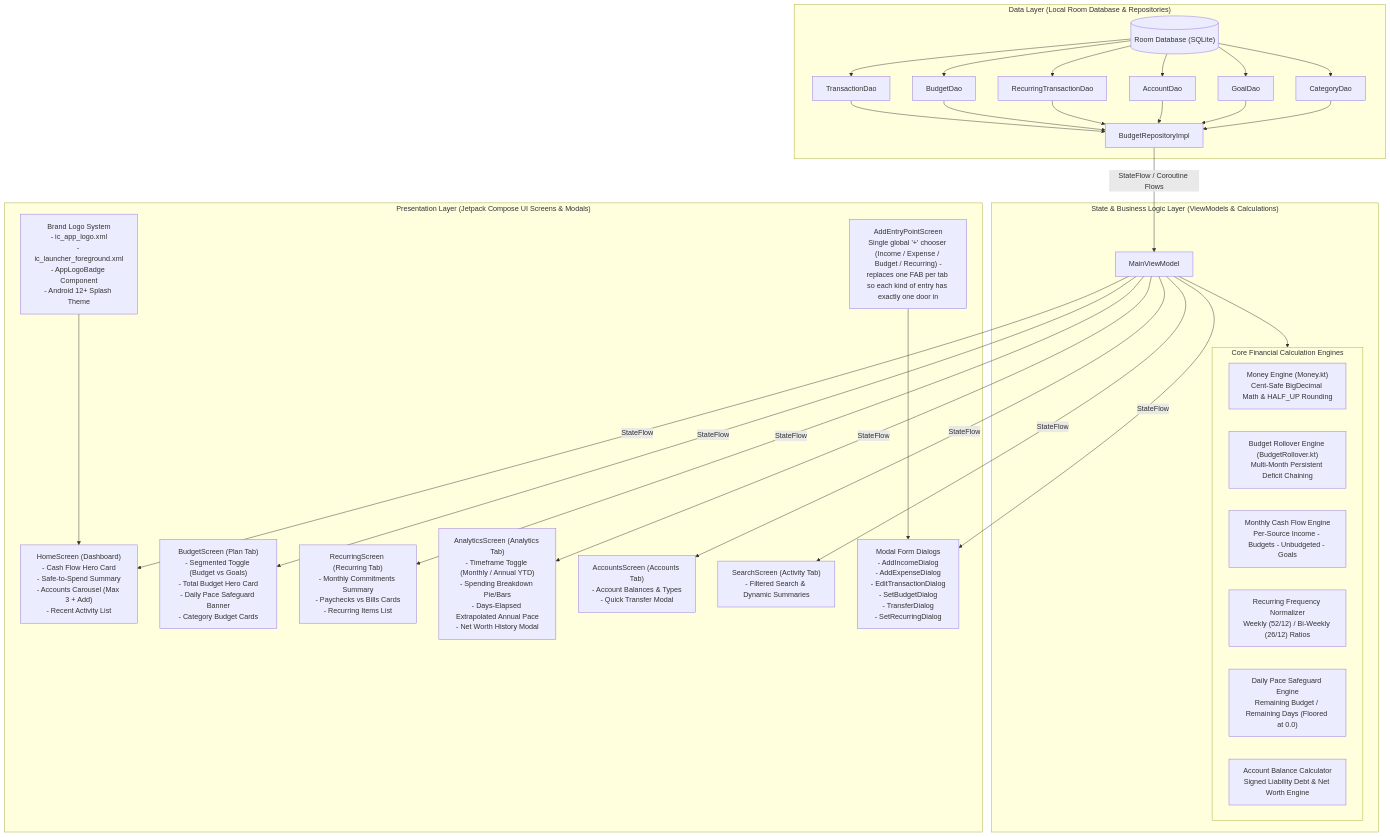
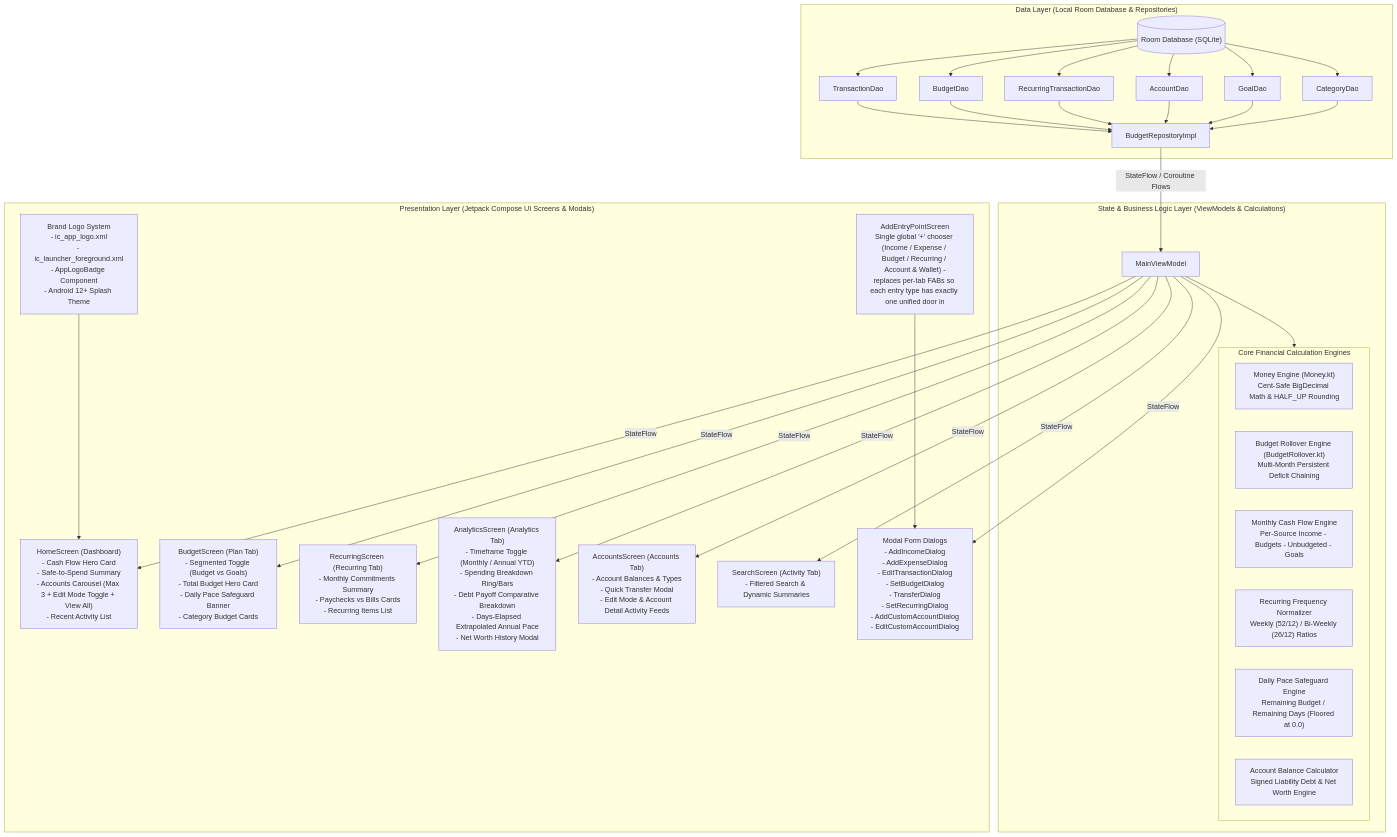
Before and after one commit to devcalapps-glitch/self-budget-app: the diagram in adr.md, drawn with Mermaid. The commit also changed other lines of this file and 58 other files, not shown here.

Commit message:
Fix new account creation in Confirm & Post modal and transfer dialogs

````diff
--- a/adr.md
+++ b/adr.md
@@ -13,68 +13,68 @@
 ```mermaid
 flowchart TD
     subgraph Data_Layer ["Data Layer (Local Room Database & Repositories)"]
         RoomDB[("Room Database (SQLite)")]
         DaoTx["TransactionDao"]
         DaoBudget["BudgetDao"]
         DaoRec["RecurringTransactionDao"]
         DaoAcc["AccountDao"]
         DaoGoal["GoalDao"]
         DaoCat["CategoryDao"]
         
         RoomDB --> DaoTx
         RoomDB --> DaoBudget
         RoomDB --> DaoRec
         RoomDB --> DaoAcc
         RoomDB --> DaoGoal
         RoomDB --> DaoCat
 
         Repo["BudgetRepositoryImpl"]
         DaoTx --> Repo
         DaoBudget --> Repo
         DaoRec --> Repo
         DaoAcc --> Repo
         DaoGoal --> Repo
         DaoCat --> Repo
     end
 
     subgraph State_Layer ["State & Business Logic Layer (ViewModels & Calculations)"]
         VM["MainViewModel"]
         Repo -->|StateFlow / Coroutine Flows| VM
 
         subgraph Calculation_Engines ["Core Financial Calculation Engines"]
             MoneyEngine["Money Engine (Money.kt)\nCent-Safe BigDecimal Math & HALF_UP Rounding"]
             RolloverEngine["Budget Rollover Engine (BudgetRollover.kt)\nMulti-Month Persistent Deficit Chaining"]
             CashFlowEngine["Monthly Cash Flow Engine\nPer-Source Income - Budgets - Unbudgeted - Goals"]
             RecurringEngine["Recurring Frequency Normalizer\nWeekly (52/12) / Bi-Weekly (26/12) Ratios"]
             PaceEngine["Daily Pace Safeguard Engine\nRemaining Budget / Remaining Days (Floored at 0.0)"]
             AccountEngine["Account Balance Calculator\nSigned Liability Debt & Net Worth Engine"]
         end
 
         VM --> Calculation_Engines
     end
 
     subgraph UI_Layer ["Presentation Layer (Jetpack Compose UI Screens & Modals)"]
         BrandLogo["Brand Logo System\n- ic_app_logo.xml\n- ic_launcher_foreground.xml\n- AppLogoBadge Component\n- Android 12+ Splash Theme"]
 
-        HomeScreen["HomeScreen (Dashboard)\n- Cash Flow Hero Card\n- Safe-to-Spend Summary\n- Accounts Carousel (Max 3 + Add)\n- Recent Activity List"]
+        HomeScreen["HomeScreen (Dashboard)\n- Cash Flow Hero Card\n- Safe-to-Spend Summary\n- Accounts Carousel (Max 3 + Edit Mode Toggle + View All)\n- Recent Activity List"]
         BudgetScreen["BudgetScreen (Plan Tab)\n- Segmented Toggle (Budget vs Goals)\n- Total Budget Hero Card\n- Daily Pace Safeguard Banner\n- Category Budget Cards"]
         RecurringScreen["RecurringScreen (Recurring Tab)\n- Monthly Commitments Summary\n- Paychecks vs Bills Cards\n- Recurring Items List"]
-        AnalyticsScreen["AnalyticsScreen (Analytics Tab)\n- Timeframe Toggle (Monthly / Annual YTD)\n- Spending Breakdown Pie/Bars\n- Days-Elapsed Extrapolated Annual Pace\n- Net Worth History Modal"]
-        AccountsScreen["AccountsScreen (Accounts Tab)\n- Account Balances & Types\n- Quick Transfer Modal"]
+        AnalyticsScreen["AnalyticsScreen (Analytics Tab)\n- Timeframe Toggle (Monthly / Annual YTD)\n- Spending Breakdown Ring/Bars\n- Debt Payoff Comparative Breakdown\n- Days-Elapsed Extrapolated Annual Pace\n- Net Worth History Modal"]
+        AccountsScreen["AccountsScreen (Accounts Tab)\n- Account Balances & Types\n- Quick Transfer Modal\n- Edit Mode & Account Detail Activity Feeds"]
         SearchScreen["SearchScreen (Activity Tab)\n- Filtered Search & Dynamic Summaries"]
 
-        Dialogs["Modal Form Dialogs\n- AddIncomeDialog\n- AddExpenseDialog\n- EditTransactionDialog\n- SetBudgetDialog\n- TransferDialog\n- SetRecurringDialog"]
-        EntryPoint["AddEntryPointScreen\nSingle global '+' chooser (Income / Expense / Budget / Recurring) -\nreplaces one FAB per tab so each kind of entry has exactly one door in"]
+        Dialogs["Modal Form Dialogs\n- AddIncomeDialog\n- AddExpenseDialog\n- EditTransactionDialog\n- SetBudgetDialog\n- TransferDialog\n- SetRecurringDialog\n- AddCustomAccountDialog\n- EditCustomAccountDialog"]
+        EntryPoint["AddEntryPointScreen\nSingle global '+' chooser (Income / Expense / Budget / Recurring / Account & Wallet) -\nreplaces per-tab FABs so each entry type has exactly one unified door in"]
 
         EntryPoint --> Dialogs
 
         BrandLogo --> HomeScreen
         VM -->|StateFlow<UiState>| HomeScreen
         VM -->|StateFlow<UiState>| BudgetScreen
         VM -->|StateFlow<UiState>| RecurringScreen
         VM -->|StateFlow<UiState>| AnalyticsScreen
         VM -->|StateFlow<UiState>| AccountsScreen
         VM -->|StateFlow<UiState>| SearchScreen
         VM -->|StateFlow<UiState>| Dialogs
     end
 ```
````
